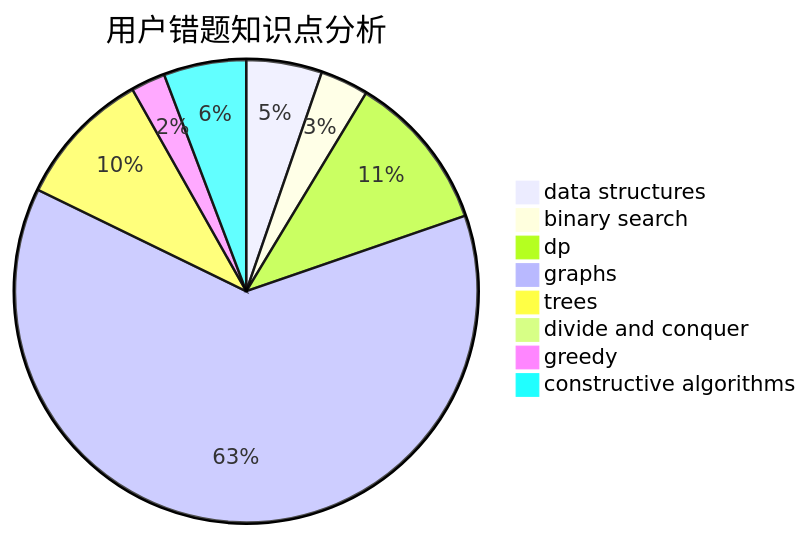
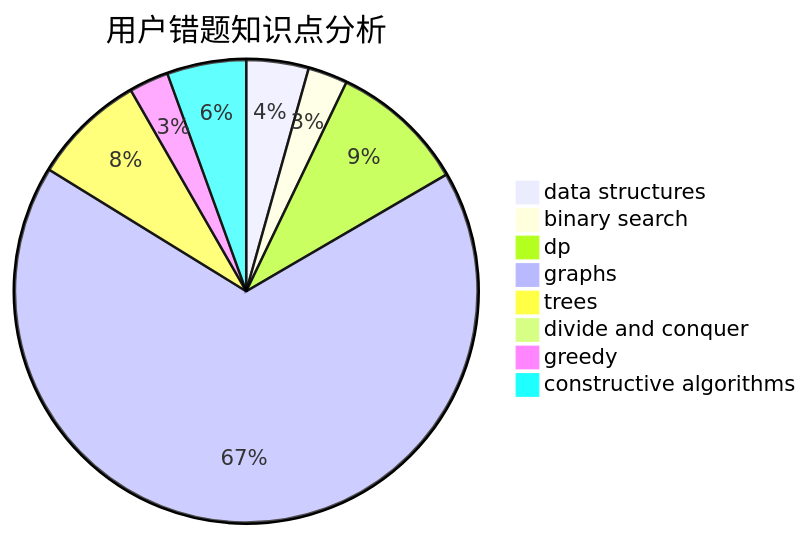
Before and after one commit to sherpahu/cfrs.github.io: the third of 3 diagrams in docs/user/u2381.md, drawn with Mermaid. The commit also changed other lines of this file and 2770 other files, not shown here.

````diff
--- a/docs/user/u2381.md
+++ b/docs/user/u2381.md
@@ -36,11 +36,11 @@
 ```mermaid
 pie title 用户错题知识点分析
     "data structures" :  11
     "binary search" :  7
-    "dp" :  23
-    "graphs" :  130
+    "dp" :  24
+    "graphs" :  170
     "trees" :  20
     "divide and conquer" :  0
-    "greedy" :  5
-    "constructive algorithms" :  12
+    "greedy" :  7
+    "constructive algorithms" :  14
 ```
````
